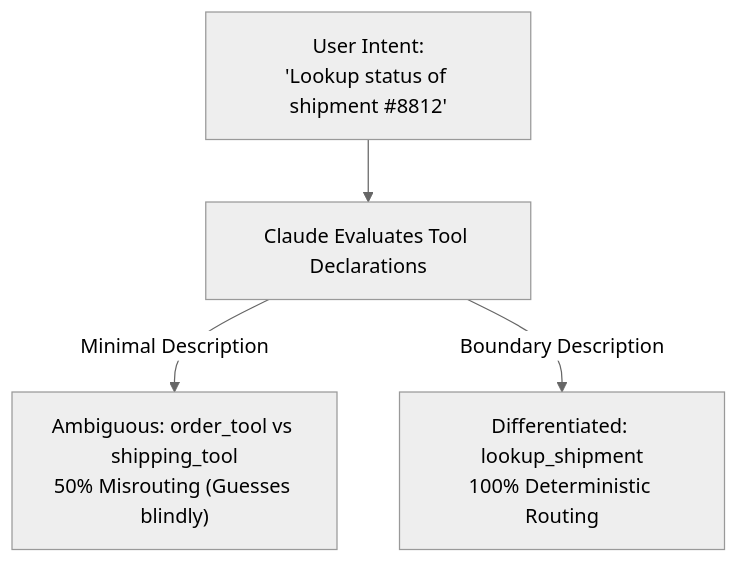
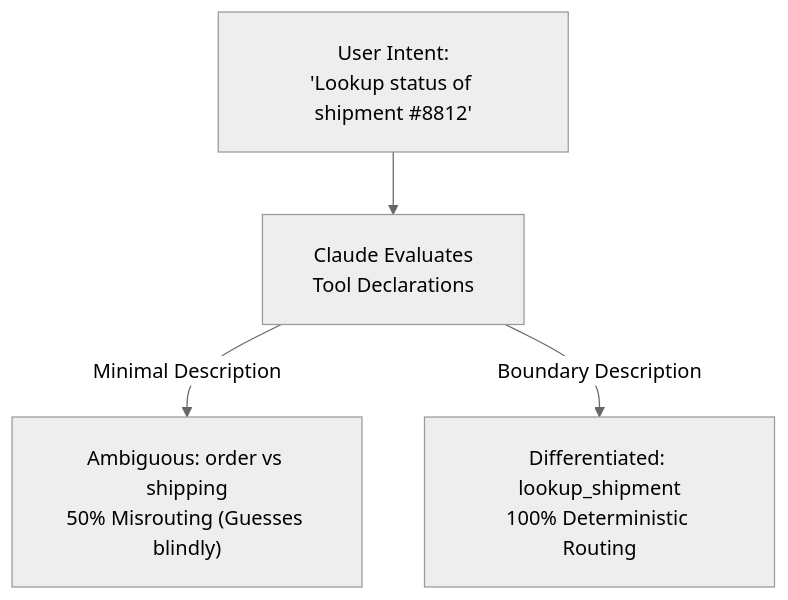
The second of 5 diagrams in domain2/KEY_CONCEPTS.md (dip4k/claude_cert_architect_foundation_prep), drawn with Mermaid (neutral theme) before and after one commit. The commit also changed other lines of this file and 31 other files, not shown here.

First line of the commit message:
docs(diagrams): fix text trimming, padding, and layout in all mermaid diagrams

````diff
--- a/domain2/KEY_CONCEPTS.md
+++ b/domain2/KEY_CONCEPTS.md
@@ -47,6 +48,7 @@
 ```mermaid
+%%{init: {"flowchart": {"htmlLabels": true, "padding": 20}}}%%
 flowchart TD
-    Intent["User Intent:<br/>'Lookup status of shipment #8812'"] --> Eval["Claude Evaluates Tool Declarations"]
-    Eval -->|Minimal Description| Ambiguous["Ambiguous: order_tool vs shipping_tool<br/>50% Misrouting (Guesses blindly)"]
+    Intent["User Intent:<br/>'Lookup status of shipment #8812'"] --> Eval["Claude Evaluates<br/>Tool Declarations"]
+    Eval -->|Minimal Description| Ambiguous["Ambiguous: order vs shipping<br/>50% Misrouting (Guesses blindly)"]
     Eval -->|Boundary Description| Clear["Differentiated: lookup_shipment<br/>100% Deterministic Routing"]
 ```
````
